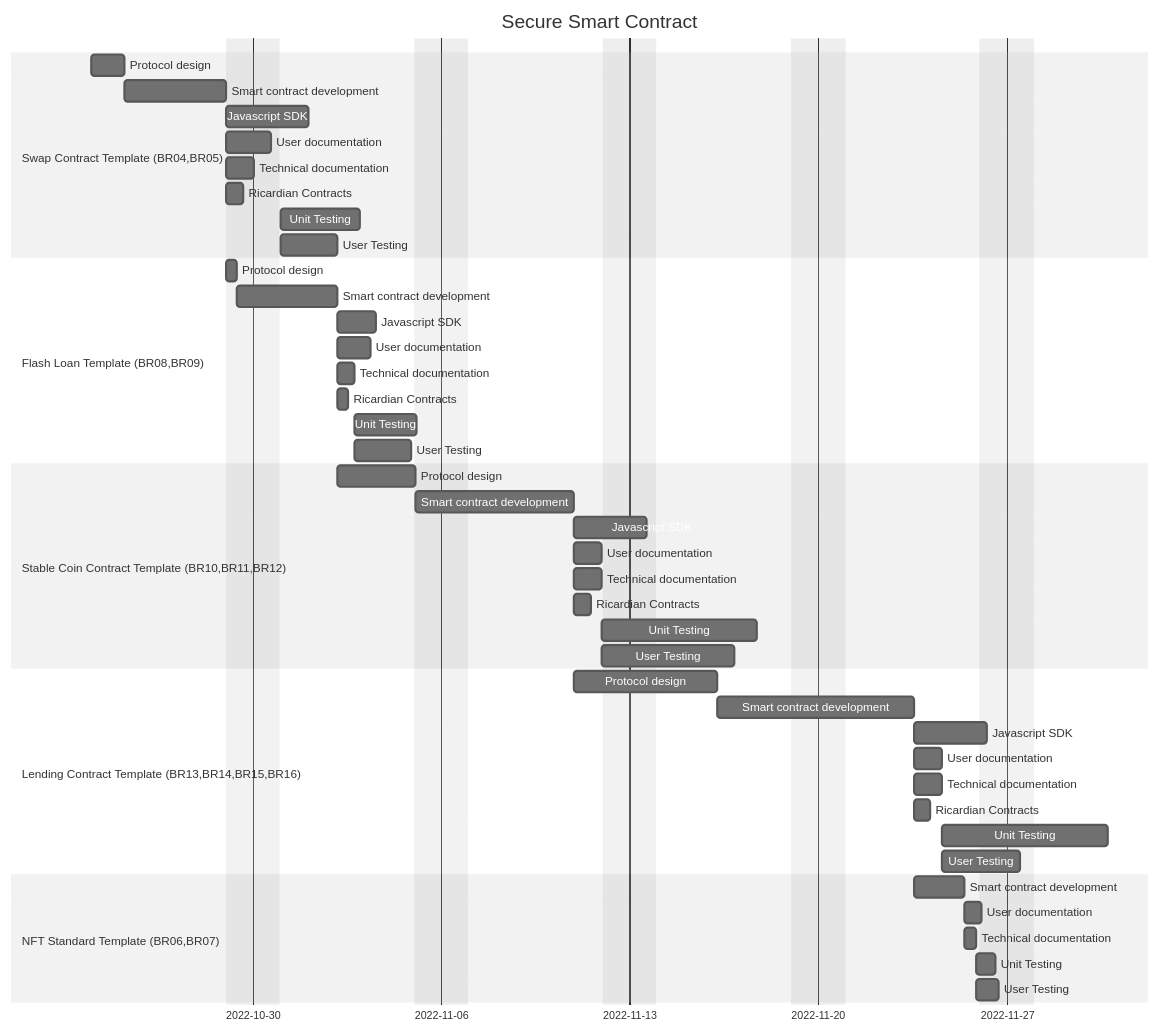
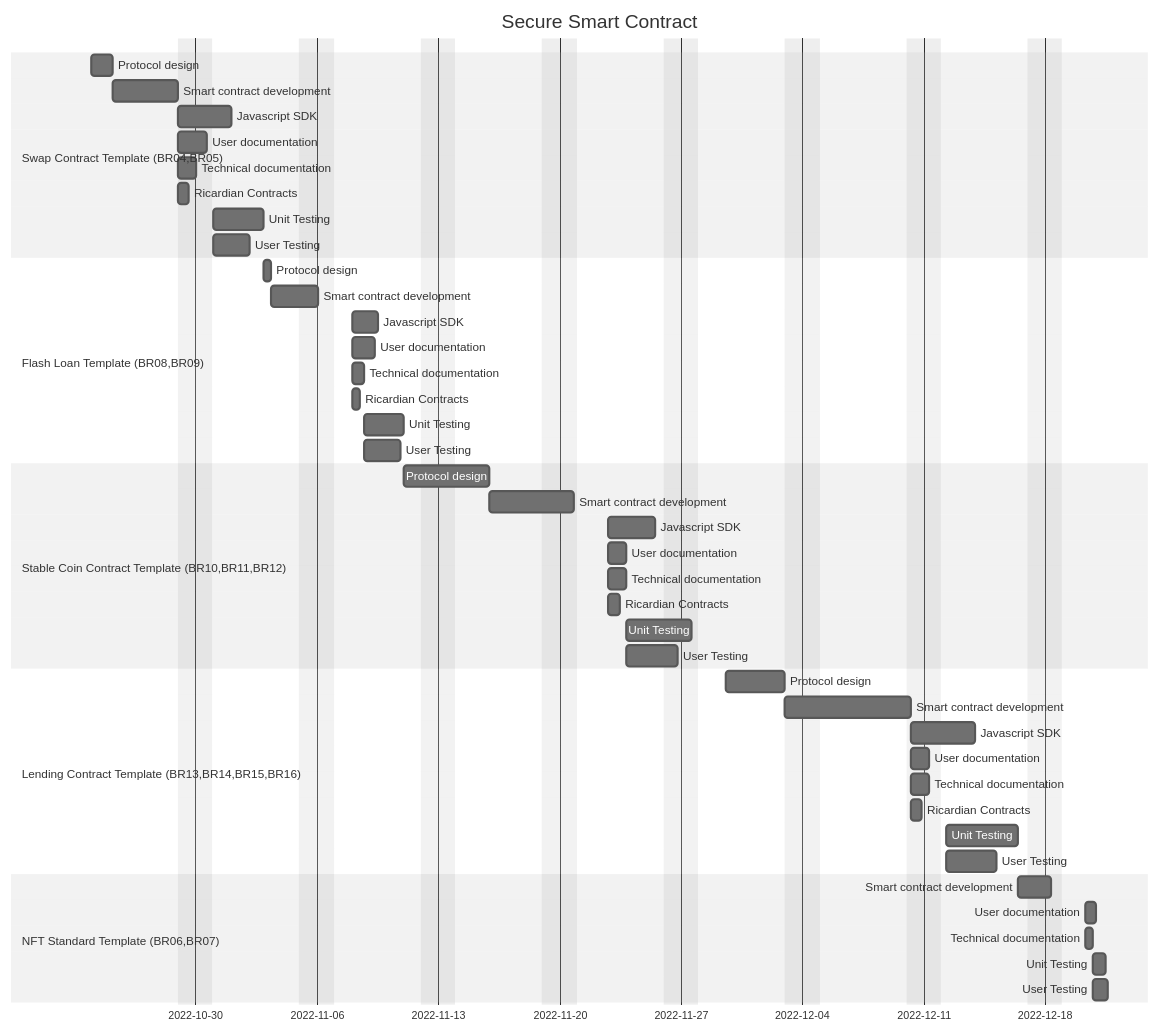
The diagram in README.md (EOS-Nation/secure-smart-contract), drawn with Mermaid (neutral theme) before and after one commit. The commit also changed other lines of this file, not shown here.

````diff
--- a/README.md
+++ b/README.md
@@ -3,53 +7,53 @@
 ```mermaid
 gantt
     dateFormat  YYYY-MM-DD
     title       Secure Smart Contract
     excludes    weekends
 
     section Swap Contract Template (BR04,BR05)
     Protocol design                     :protocol1, 2022-10-24,30h
     Smart contract development          :dev1, after protocol1, 90h
     Javascript SDK                      :after dev1, 50h
     User documentation                  :after dev1, 40h
     Technical documentation             :docs1, after dev1, 25h
     Ricardian Contracts                 :after dev1, 15h
-    Unit Testing                        :after docs1, 70h
+    Unit Testing                        :testing1, after docs1, 70h
     User Testing                        :after docs1, 50h
 
     section Flash Loan Template (BR08,BR09)
-    Protocol design                     :protocol2, after dev1, 10h
+    Protocol design                     :protocol2, after testing1, 10h
     Smart contract development          :dev2, after protocol2, 65h
     Javascript SDK                      :after dev2, 35h
     User documentation                  :after dev2, 30h
     Technical documentation             :docs2, after dev2, 16h
     Ricardian Contracts                 :after dev2, 10h
-    Unit Testing                        :after docs2, 55h
+    Unit Testing                        :testing2, after docs2, 55h
     User Testing                        :after docs2, 50h
 
     section Stable Coin Contract Template (BR10,BR11,BR12)
-    Protocol design                     :protocol3, after dev2, 70h
+    Protocol design                     :protocol3, after testing2, 70h
     Smart contract development          :dev3, after protocol3, 117h
     Javascript SDK                      :after dev3, 65h
     User documentation                  :after dev3, 25h
     Technical documentation             :docs3, after dev3, 25h
     Ricardian Contracts                 :after dev3, 15h
-    Unit Testing                        :after docs3, 90h
+    Unit Testing                        :testing3, after docs3, 90h
     User Testing                        :after docs3, 70h
 
     section Lending Contract Template (BR13,BR14,BR15,BR16)
-    Protocol design                     :protocol4, after dev3, 80h
+    Protocol design                     :protocol4, after testing3, 80h
     Smart contract development          :dev4, after protocol4, 127h
     Javascript SDK                      :after dev4, 65h
     User documentation                  :after dev4, 25h
     Technical documentation             :docs4, after dev4, 25h
     Ricardian Contracts                 :after dev4, 15h
-    Unit Testing                        :after docs4, 100h
+    Unit Testing                        :testing4, after docs4, 100h
     User Testing                        :after docs4, 70h
 
     section NFT Standard Template (BR06,BR07)
-    Smart contract development          :dev5, after dev4, 45h
+    Smart contract development          :dev5, after testing4, 45h
     User documentation                  :after dev5, 15h
     Technical documentation             :docs5, after dev5, 11h
-    Unit Testing                        :after docs5, 17h
+    Unit Testing                        :testing5, after docs5, 17h
     User Testing                        :after docs5, 20h
 ```
````
